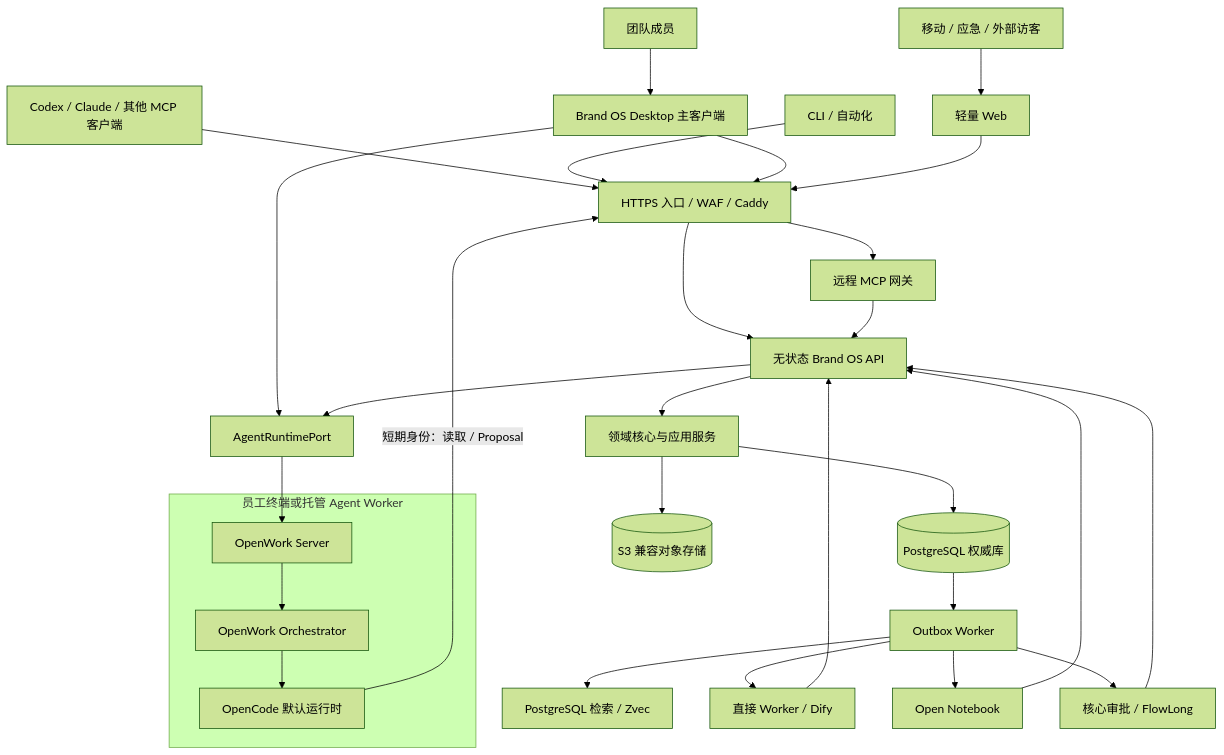
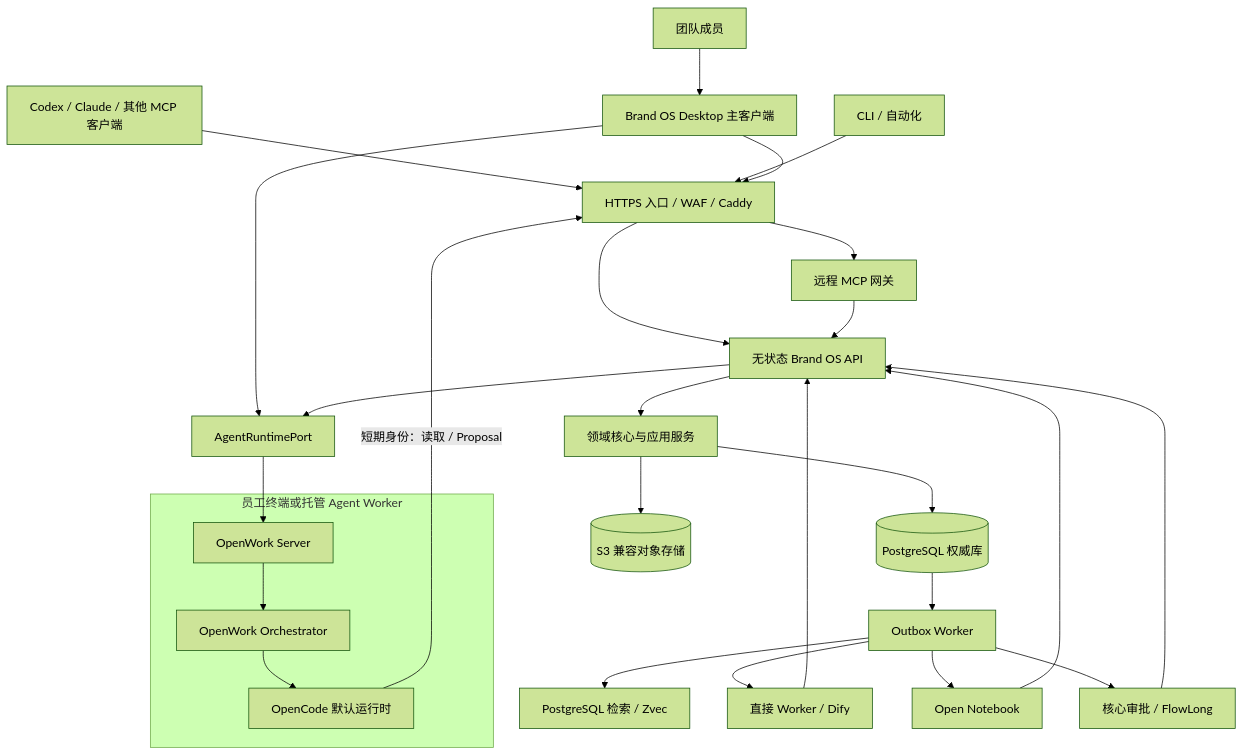
Before and after one commit to xingranya/fox: the diagram in docs/plan/team-server-architecture.md, drawn with Mermaid (forest theme). The commit also changed other lines of this file and 35 other files, not shown here.

````diff
--- a/docs/plan/team-server-architecture.md
+++ b/docs/plan/team-server-architecture.md
@@ -24,33 +22,31 @@
 ```mermaid
 flowchart TB
     HUMAN["团队成员"] --> DESKTOP["Brand OS Desktop 主客户端"]
-    MOBILE["移动 / 应急 / 外部访客"] --> WEB["轻量 Web"]
     OTHERAI["Codex / Claude / 其他 MCP 客户端"] --> EDGE["HTTPS 入口 / WAF / Caddy"]
     CLI["CLI / 自动化"] --> EDGE
     DESKTOP --> EDGE
-    WEB --> EDGE
 
     EDGE --> API["无状态 Brand OS API"]
     EDGE --> MCP["远程 MCP 网关"]
     MCP --> API
     API --> CORE["领域核心与应用服务"]
     CORE --> PG[("PostgreSQL 权威库")]
     CORE --> S3[("S3 兼容对象存储")]
     PG --> OUTBOX["Outbox Worker"]
 
     DESKTOP --> ARP["AgentRuntimePort"]
     API --> ARP
     subgraph WORKER["员工终端或托管 Agent Worker"]
         OWS["OpenWork Server"] --> ORCH["OpenWork Orchestrator"] --> OC["OpenCode 默认运行时"]
     end
     ARP --> OWS
     OC -->|"短期身份：读取 / Proposal"| EDGE
 
     OUTBOX --> SEARCH["PostgreSQL 检索 / Zvec"]
     OUTBOX --> AIWF["直接 Worker / Dify"]
     OUTBOX --> NOTEBOOK["Open Notebook"]
     OUTBOX --> FLOW["核心审批 / FlowLong"]
     AIWF --> API
     NOTEBOOK --> API
     FLOW --> API
 ```
````
